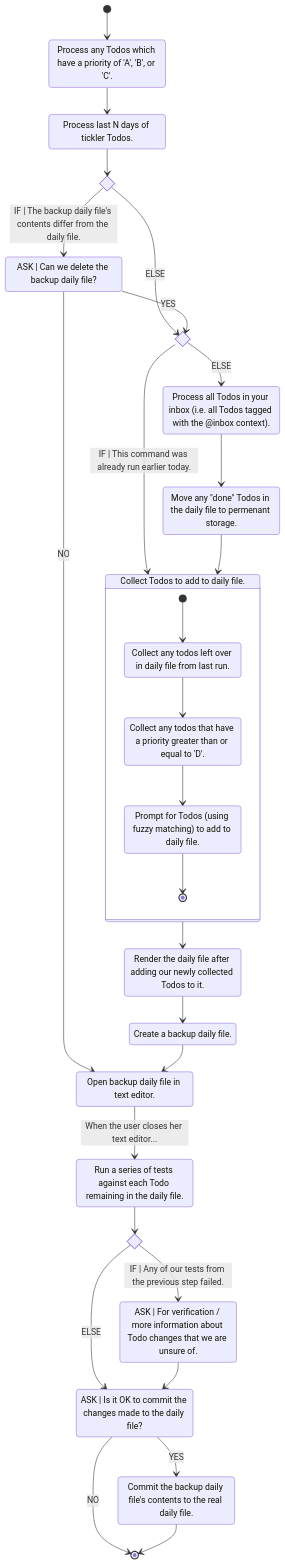
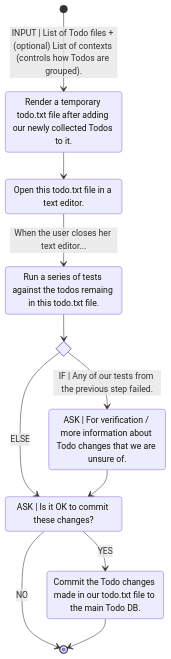
The second of 4 diagrams in docs/design/design.template.md (bbugyi200/greatday), drawn with Mermaid before and after one commit. The commit also changed other lines of this file and 6 other files, not shown here.

Commit message:
Update diagrams

````diff
--- a/docs/design/design.template.md
+++ b/docs/design/design.template.md
@@ -7,52 +37,22 @@
 ```mermaid
 stateDiagram-v2
-    state if_run_today <<choice>>
     state if_daily_check_failed <<choice>>
-    state if_old_backup_file <<choice>>
 
-    ABC_priority: Process any Todos which have a priority of 'A', 'B', or 'C'.
-    ask_if_ok_to_save: ASK | Is it OK to commit the changes made to the daily file?
-    ask_to_delete_backup: ASK | Can we delete the backup daily file?
+    check_todo_file: Run a series of tests against the todos remaing in this todo.txt file.
     ask_to_verify_todos: ASK | For verification / more information about Todo changes that we are unsure of.
-    check_daily_todos: Run a series of tests against each Todo remaining in the daily file.
-    collect: Collect Todos to add to daily file.
-    collect_fuzzy: Prompt for Todos (using fuzzy matching) to add to daily file.
-    collect_leftover: Collect any todos left over in daily file from last run.
-    collect_priority_B: Collect any todos that have a priority greater than or equal to 'D'.
-    create_backup_daily: Create a backup daily file.
-    edit_daily: Open backup daily file in text editor.
-    inbox: Process all Todos in your inbox (i.e. all Todos tagged with the @inbox context).
-    remove_done_todos: Move any "done" Todos in the daily file to permenant storage.
-    render_daily: Render the daily file after adding our newly collected Todos to it.
-    save_daily_file: Commit the backup daily file's contents to the real daily file.
-    tickle: Process last N days of tickler Todos.
+    render_todo_file: Render a temporary todo.txt file after adding our newly collected Todos to it.
+    save_daily_file: Commit the Todo changes made in our todo.txt file to the main Todo DB.
+    edit_todo_file: Open this todo.txt file in a text editor.
+    ask_if_ok_to_save: ASK | Is it OK to commit these changes?
 
-    [*] --> ABC_priority
-    ABC_priority --> tickle
-    tickle --> if_old_backup_file
-    if_old_backup_file --> ask_to_delete_backup: IF | The backup daily file's contents differ from the daily file.
-    if_old_backup_file --> if_run_today: ELSE
-    ask_to_delete_backup --> if_run_today: YES
-    ask_to_delete_backup --> edit_daily: NO
-    if_run_today --> collect: IF | This command was already run earlier today.
-    if_run_today --> inbox: ELSE
-    inbox --> remove_done_todos
-    remove_done_todos --> collect
-    state collect {
-        [*] --> collect_leftover
-        collect_leftover --> collect_priority_B
-        collect_priority_B --> collect_fuzzy
-        collect_fuzzy --> [*]
-    }
-    collect --> render_daily
-    render_daily --> create_backup_daily
-    create_backup_daily --> edit_daily
-    edit_daily --> check_daily_todos: When the user closes her text editor...
-    check_daily_todos --> if_daily_check_failed
+    [*] --> render_todo_file: INPUT | List of Todo files + (optional) List of contexts (controls how Todos are grouped).
+    render_todo_file --> edit_todo_file
+    edit_todo_file --> check_todo_file: When the user closes her text editor...
+    check_todo_file --> if_daily_check_failed
     if_daily_check_failed --> ask_to_verify_todos: IF | Any of our tests from the previous step failed.
     if_daily_check_failed --> ask_if_ok_to_save: ELSE
     ask_to_verify_todos --> ask_if_ok_to_save
     ask_if_ok_to_save --> save_daily_file: YES
     ask_if_ok_to_save --> [*]: NO
     save_daily_file --> [*]
 ```
````
